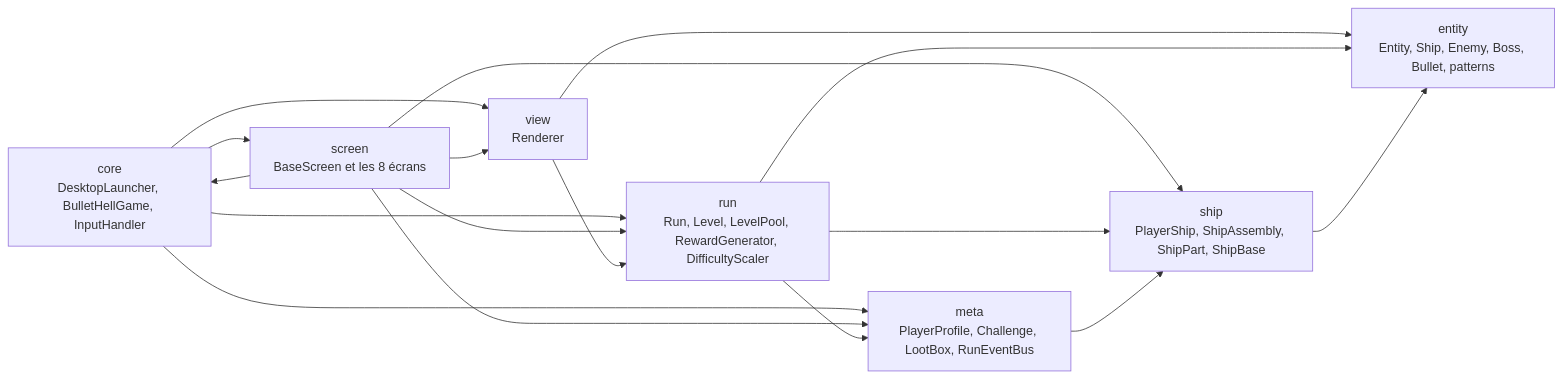
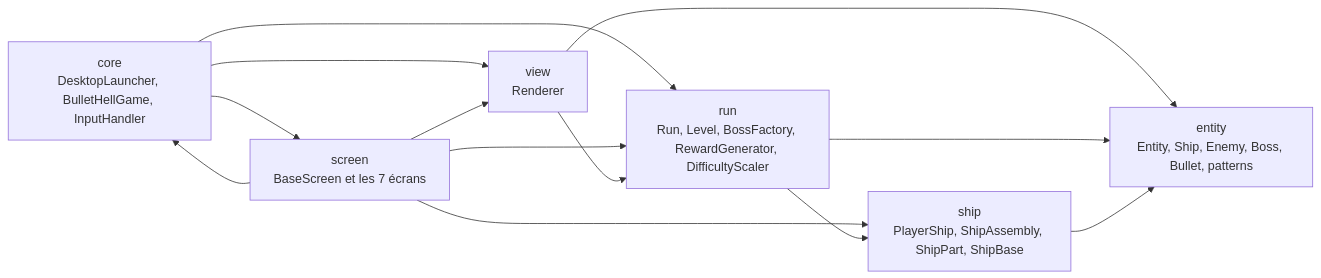
Before and after one commit to Bisiaux-dev/public-vault: the second of 11 diagrams in content/2D-Game/ideas/pierre/Bullet hell roguelike - UML.md, drawn with Mermaid. The commit also changed other lines of this file and 31 other files, not shown here.

````diff
--- a/content/2D-Game/ideas/pierre/Bullet hell roguelike - UML.md
+++ b/content/2D-Game/ideas/pierre/Bullet hell roguelike - UML.md
@@ -38,16 +39,14 @@
 ```mermaid
 flowchart LR
     core["core<br/>DesktopLauncher, BulletHellGame, InputHandler"]
-    screen["screen<br/>BaseScreen et les 8 écrans"]
+    screen["screen<br/>BaseScreen et les 7 écrans"]
     view["view<br/>Renderer"]
-    run["run<br/>Run, Level, LevelPool, RewardGenerator, DifficultyScaler"]
-    meta["meta<br/>PlayerProfile, Challenge, LootBox, RunEventBus"]
+    run["run<br/>Run, Level, BossFactory, RewardGenerator, DifficultyScaler"]
     ship["ship<br/>PlayerShip, ShipAssembly, ShipPart, ShipBase"]
     entity["entity<br/>Entity, Ship, Enemy, Boss, Bullet, patterns"]
-    core --> screen & run & meta & view
-    screen --> core & run & meta & view & ship
+    core --> screen & run & view
+    screen --> core & run & view & ship
     view --> entity & run
-    run --> meta & ship & entity
-    meta --> ship
+    run --> ship & entity
     ship --> entity
 ```
````
